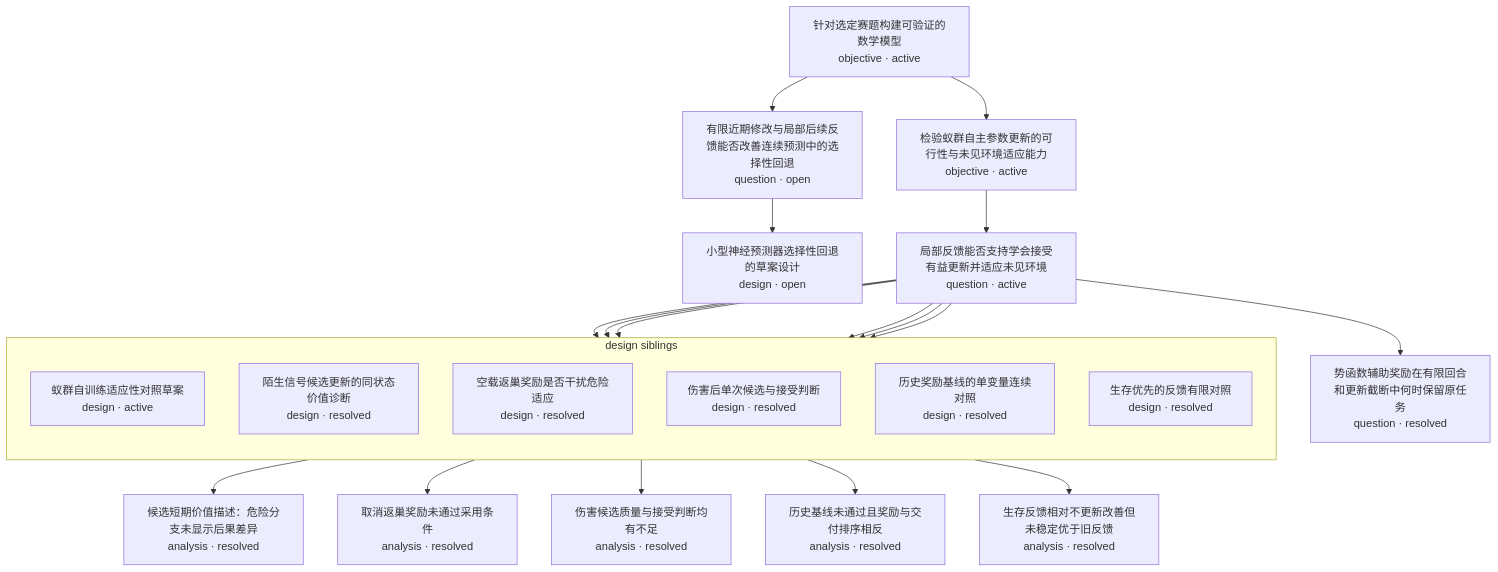
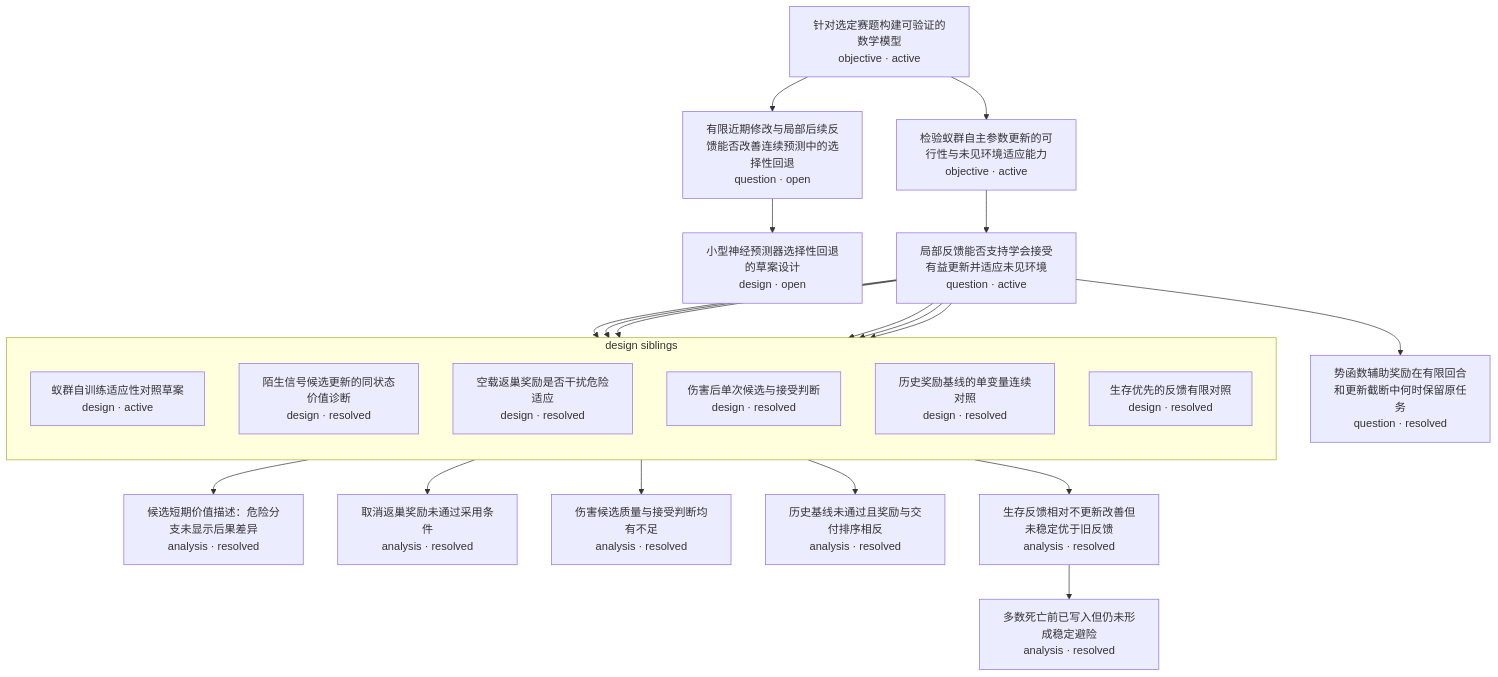
The diagram in research-tree/README.md (Akira-TL/Antomony), drawn with Mermaid before and after one commit. The commit also changed other lines of this file and 5 other files, not shown here.

````diff
--- a/research-tree/README.md
+++ b/research-tree/README.md
@@ -5,39 +5,41 @@
 ```mermaid
 flowchart TD
     N1["针对选定赛题构建可验证的数学模型<br/>objective · active"]
     N2["有限近期修改与局部后续反馈能否改善连续预测中的选择性回退<br/>question · open"]
     N3["小型神经预测器选择性回退的草案设计<br/>design · open"]
     N4["检验蚁群自主参数更新的可行性与未见环境适应能力<br/>objective · active"]
     N5["局部反馈能否支持学会接受有益更新并适应未见环境<br/>question · active"]
     N8["候选短期价值描述：危险分支未显示后果差异<br/>analysis · resolved"]
     N10["取消返巢奖励未通过采用条件<br/>analysis · resolved"]
     N12["伤害候选质量与接受判断均有不足<br/>analysis · resolved"]
     N14["历史基线未通过且奖励与交付排序相反<br/>analysis · resolved"]
     N15["势函数辅助奖励在有限回合和更新截断中何时保留原任务<br/>question · resolved"]
     N17["生存反馈相对不更新改善但未稳定优于旧反馈<br/>analysis · resolved"]
+    N18["多数死亡前已写入但仍未形成稳定避险<br/>analysis · resolved"]
     subgraph G5_design["design siblings"]
         direction TB
         N6["蚁群自训练适应性对照草案<br/>design · active"]
         N7["陌生信号候选更新的同状态价值诊断<br/>design · resolved"]
         N9["空载返巢奖励是否干扰危险适应<br/>design · resolved"]
         N11["伤害后单次候选与接受判断<br/>design · resolved"]
         N13["历史奖励基线的单变量连续对照<br/>design · resolved"]
         N16["生存优先的反馈有限对照<br/>design · resolved"]
     end
     N1 --> N2
     N2 --> N3
     N1 --> N4
     N4 --> N5
     N5 --> N6
     N5 --> N7
     N7 --> N8
     N5 --> N9
     N9 --> N10
     N5 --> N11
     N11 --> N12
     N5 --> N13
     N13 --> N14
     N5 --> N15
     N5 --> N16
     N16 --> N17
+    N17 --> N18
 ```
````
